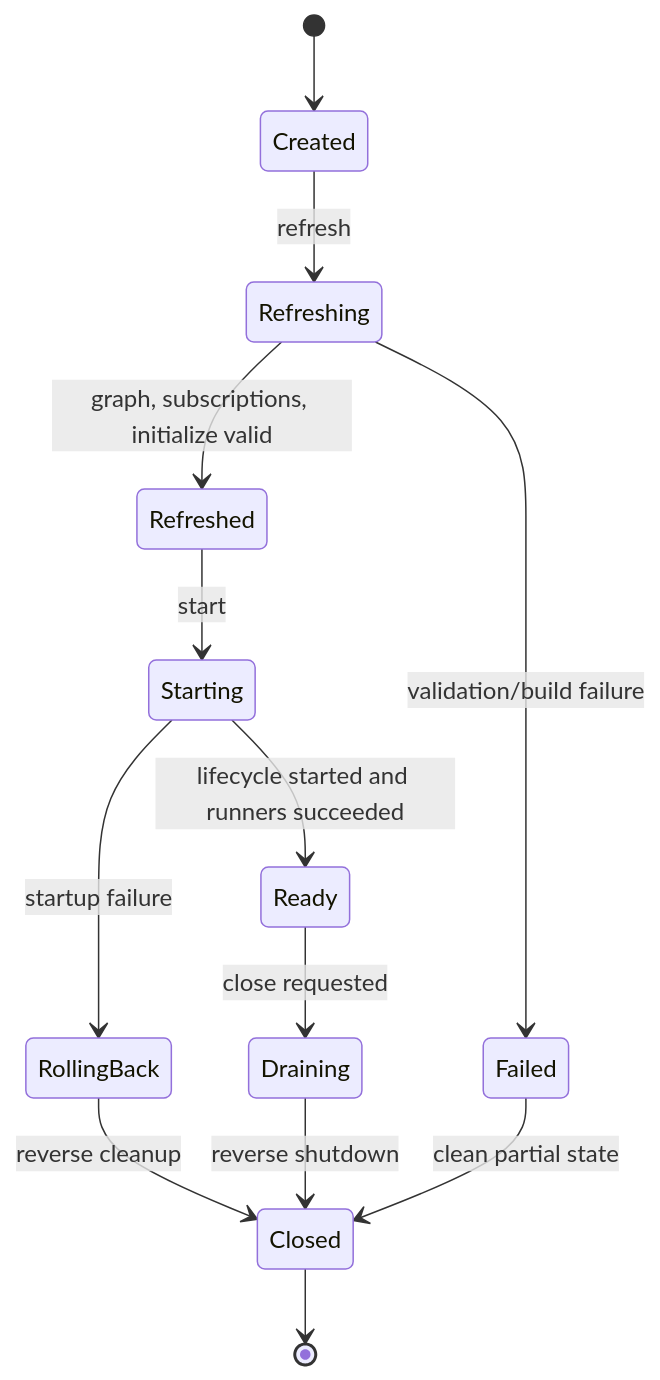
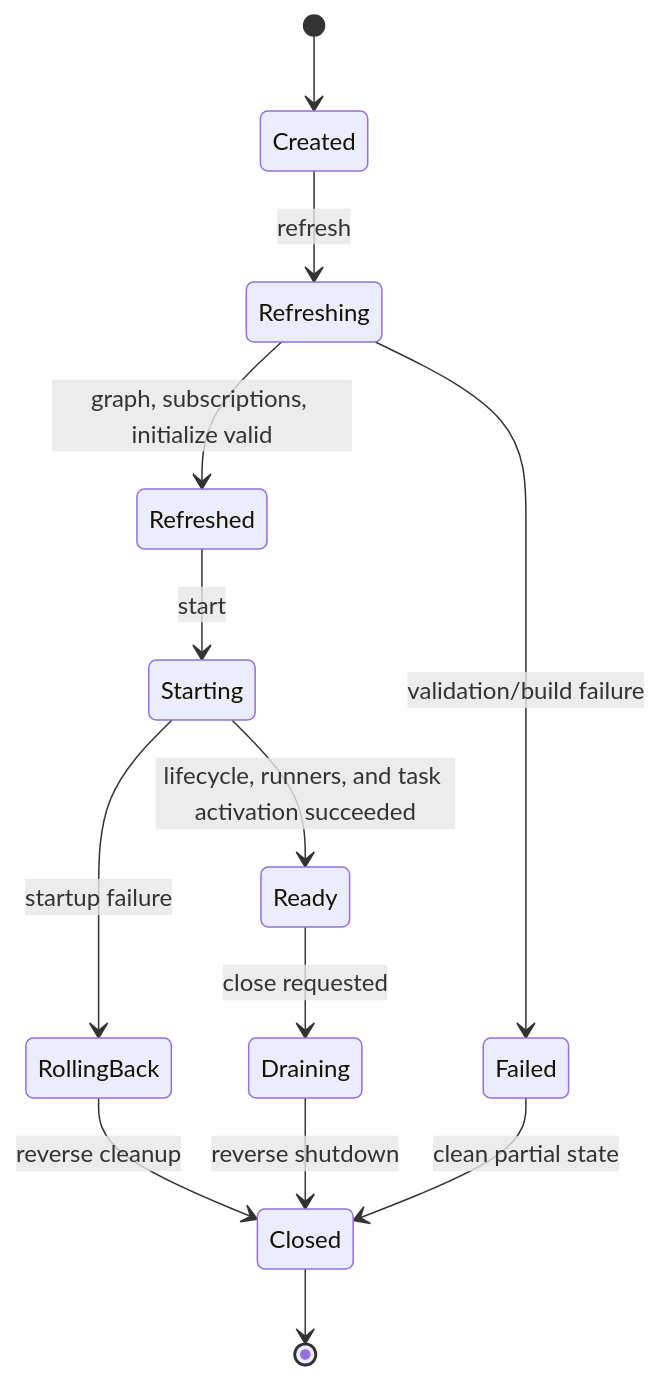
One commit to easy-4-rust/vernal changed diagram 16 of 26 in docs/Vernal-Architecture.md. Above: the diagram before and after it, drawn with Mermaid. The commit also changed other lines of this file and 33 other files, not shown here.

````diff
--- a/docs/Vernal-Architecture.md
+++ b/docs/Vernal-Architecture.md
@@ -1093,15 +1095,15 @@
 ```mermaid
 stateDiagram-v2
     [*] --> Created
     Created --> Refreshing: refresh
     Refreshing --> Refreshed: graph, subscriptions, initialize valid
     Refreshing --> Failed: validation/build failure
     Refreshed --> Starting: start
-    Starting --> Ready: lifecycle started and runners succeeded
+    Starting --> Ready: lifecycle, runners, and task activation succeeded
     Starting --> RollingBack: startup failure
     Ready --> Draining: close requested
     RollingBack --> Closed: reverse cleanup
     Draining --> Closed: reverse shutdown
     Failed --> Closed: clean partial state
     Closed --> [*]
 ```
````
